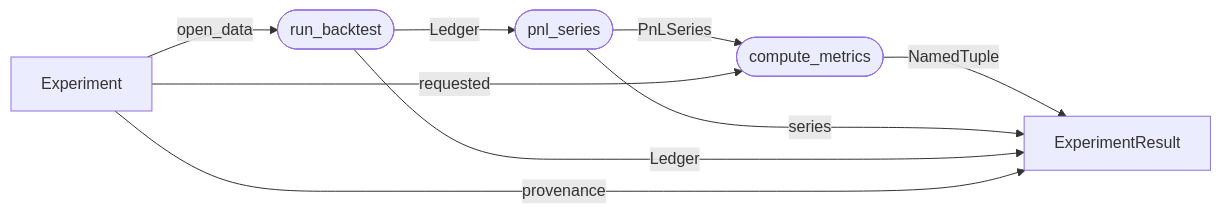
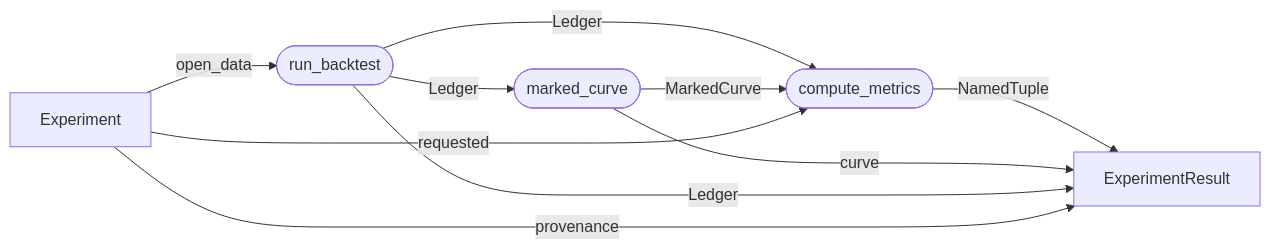
Before and after one commit to aleCombi/VolSurfaceAnalysis.jl: the diagram in docs/modules/experiment.md, drawn with Mermaid. The commit also changed other lines of this file and 41 other files, not shown here.

````diff
--- a/docs/modules/experiment.md
+++ b/docs/modules/experiment.md
@@ -12,11 +12,12 @@
 ```mermaid
 flowchart LR
     Exp[Experiment] -->|open_data| RB([run_backtest])
-    RB -->|Ledger| PS([pnl_series])
-    PS -->|PnLSeries| CM([compute_metrics])
+    RB -->|Ledger| MC([marked_curve])
+    RB -->|Ledger| CM([compute_metrics])
+    MC -->|MarkedCurve| CM
     Exp -->|requested| CM
     CM -->|NamedTuple| ER[ExperimentResult]
-    PS -->|series| ER
+    MC -->|curve| ER
     RB -->|Ledger| ER
     Exp -->|provenance| ER
 ```
````
